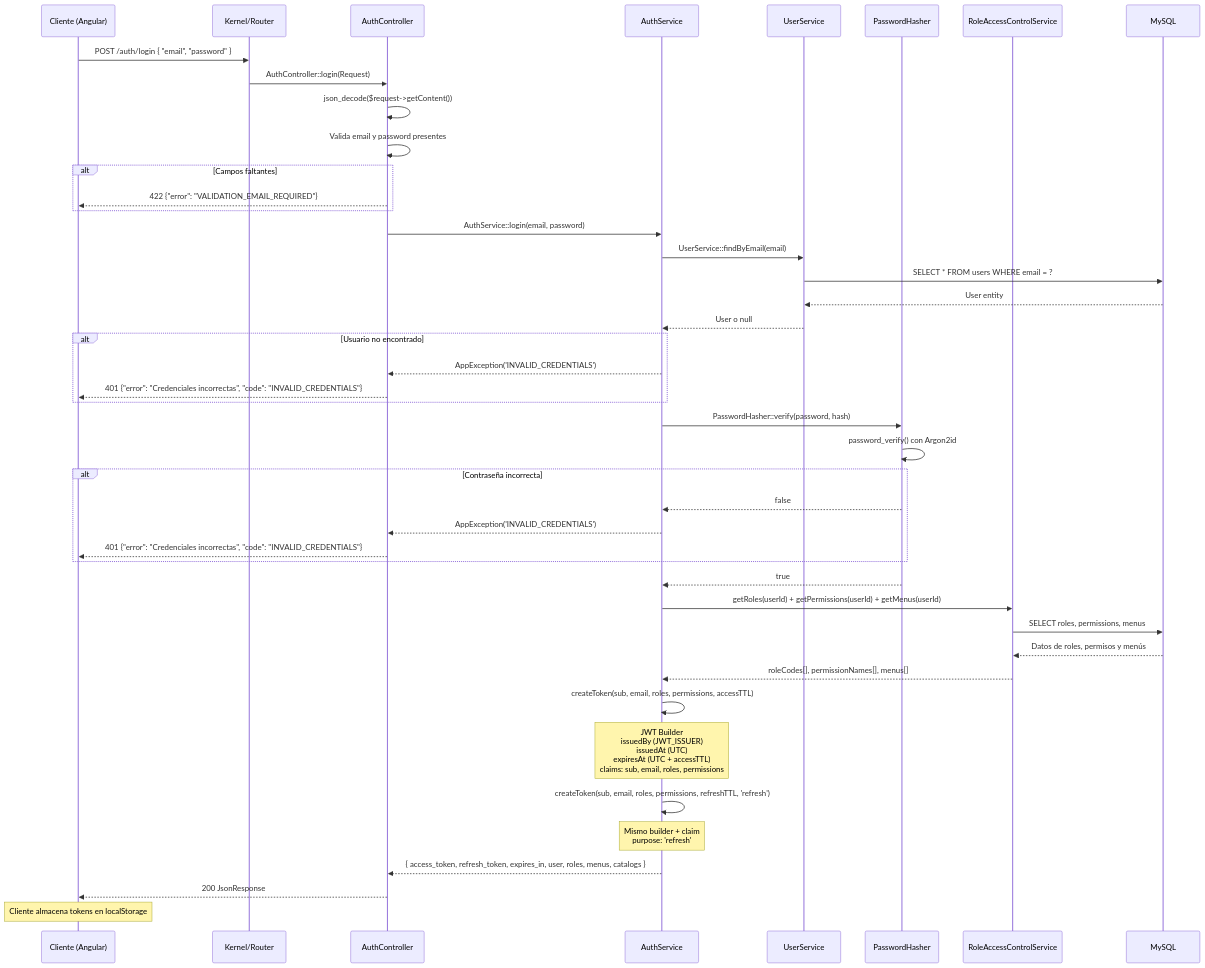
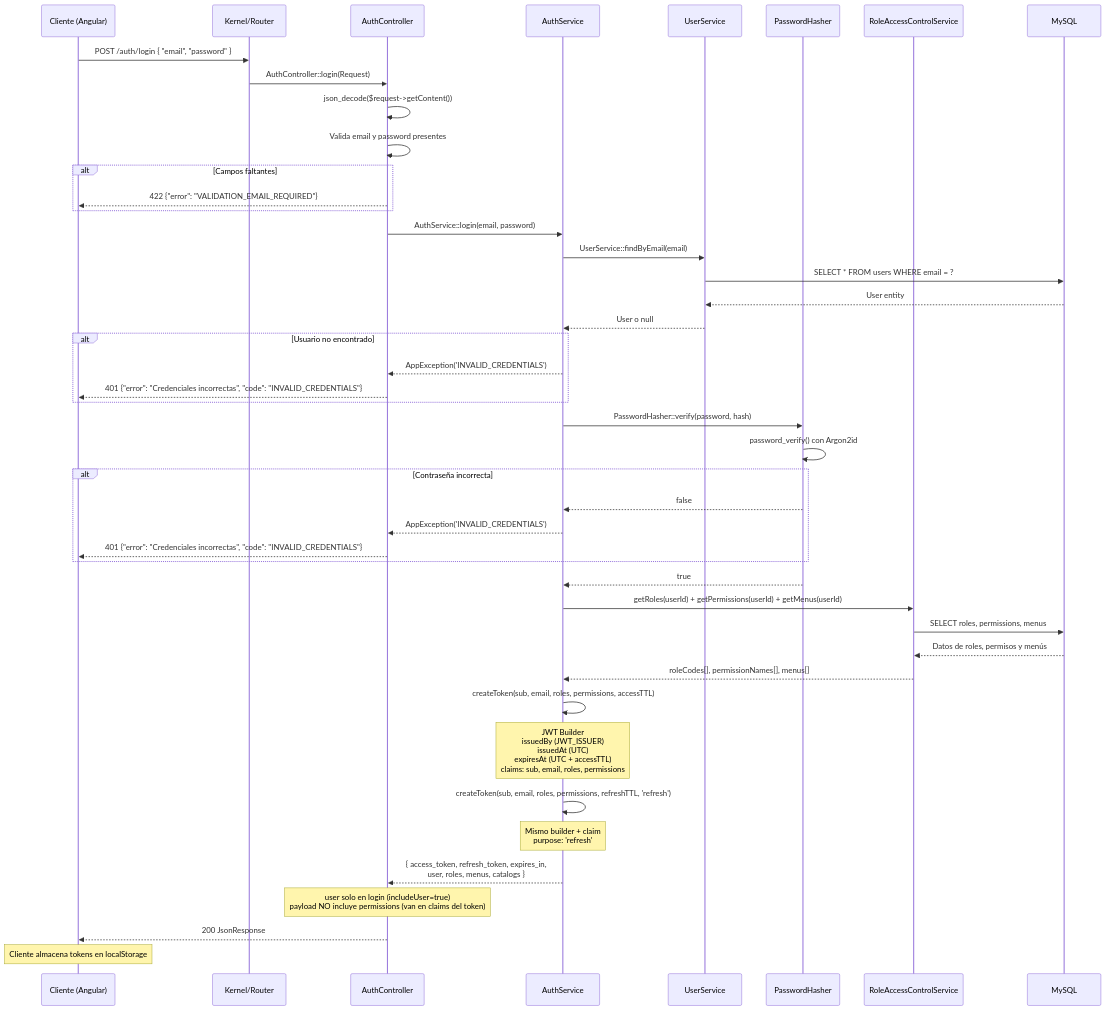
The first of 4 diagrams in esquemas/backend/06-autenticacion.md (AoRyuGetsu/Fenix), drawn with Mermaid before and after one commit. The commit also changed other lines of this file and 178 other files, not shown here.

````diff
--- a/esquemas/backend/06-autenticacion.md
+++ b/esquemas/backend/06-autenticacion.md
@@ -7,57 +7,58 @@
 ```mermaid
 sequenceDiagram
     participant C as Cliente (Angular)
     participant K as Kernel/Router
     participant A as AuthController
     participant AS as AuthService
     participant US as UserService
     participant PH as PasswordHasher
     participant RAC as RoleAccessControlService
     participant DB as MySQL
 
     C->>K: POST /auth/login { "email", "password" }
     K->>A: AuthController::login(Request)
     A->>A: json_decode($request->getContent())
     A->>A: Valida email y password presentes
 
     alt Campos faltantes
         A-->>C: 422 {"error": "VALIDATION_EMAIL_REQUIRED"}
     end
 
     A->>AS: AuthService::login(email, password)
     AS->>US: UserService::findByEmail(email)
     US->>DB: SELECT * FROM users WHERE email = ?
     DB-->>US: User entity
     US-->>AS: User o null
 
     alt Usuario no encontrado
         AS-->>A: AppException('INVALID_CREDENTIALS')
         A-->>C: 401 {"error": "Credenciales incorrectas", "code": "INVALID_CREDENTIALS"}
     end
 
     AS->>PH: PasswordHasher::verify(password, hash)
     PH->>PH: password_verify() con Argon2id
 
     alt Contraseña incorrecta
         PH-->>AS: false
         AS-->>A: AppException('INVALID_CREDENTIALS')
         A-->>C: 401 {"error": "Credenciales incorrectas", "code": "INVALID_CREDENTIALS"}
     end
 
     PH-->>AS: true
     AS->>RAC: getRoles(userId) + getPermissions(userId) + getMenus(userId)
     RAC->>DB: SELECT roles, permissions, menus
     DB-->>RAC: Datos de roles, permisos y menús
     RAC-->>AS: roleCodes[], permissionNames[], menus[]
 
     AS->>AS: createToken(sub, email, roles, permissions, accessTTL)
     Note over AS: JWT Builder<br>issuedBy (JWT_ISSUER)<br>issuedAt (UTC)<br>expiresAt (UTC + accessTTL)<br>claims: sub, email, roles, permissions
 
     AS->>AS: createToken(sub, email, roles, permissions, refreshTTL, 'refresh')
     Note over AS: Mismo builder + claim<br>purpose: 'refresh'
 
-    AS-->>A: { access_token, refresh_token, expires_in, user, roles, menus, catalogs }
+    AS-->>A: { access_token, refresh_token, expires_in,<br>user, roles, menus, catalogs }
+    Note over A: user solo en login (includeUser=true)<br>payload NO incluye permissions (van en claims del token)
 
     A-->>C: 200 JsonResponse
     Note over C: Cliente almacena tokens en localStorage
 ```
````
